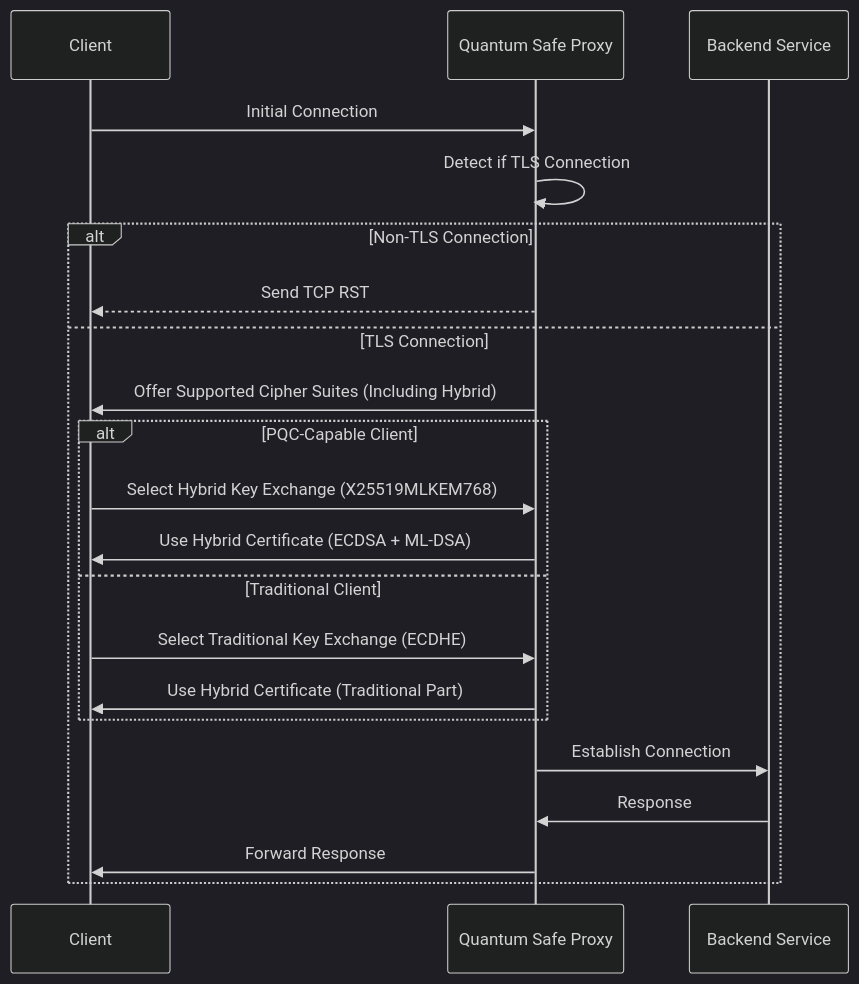
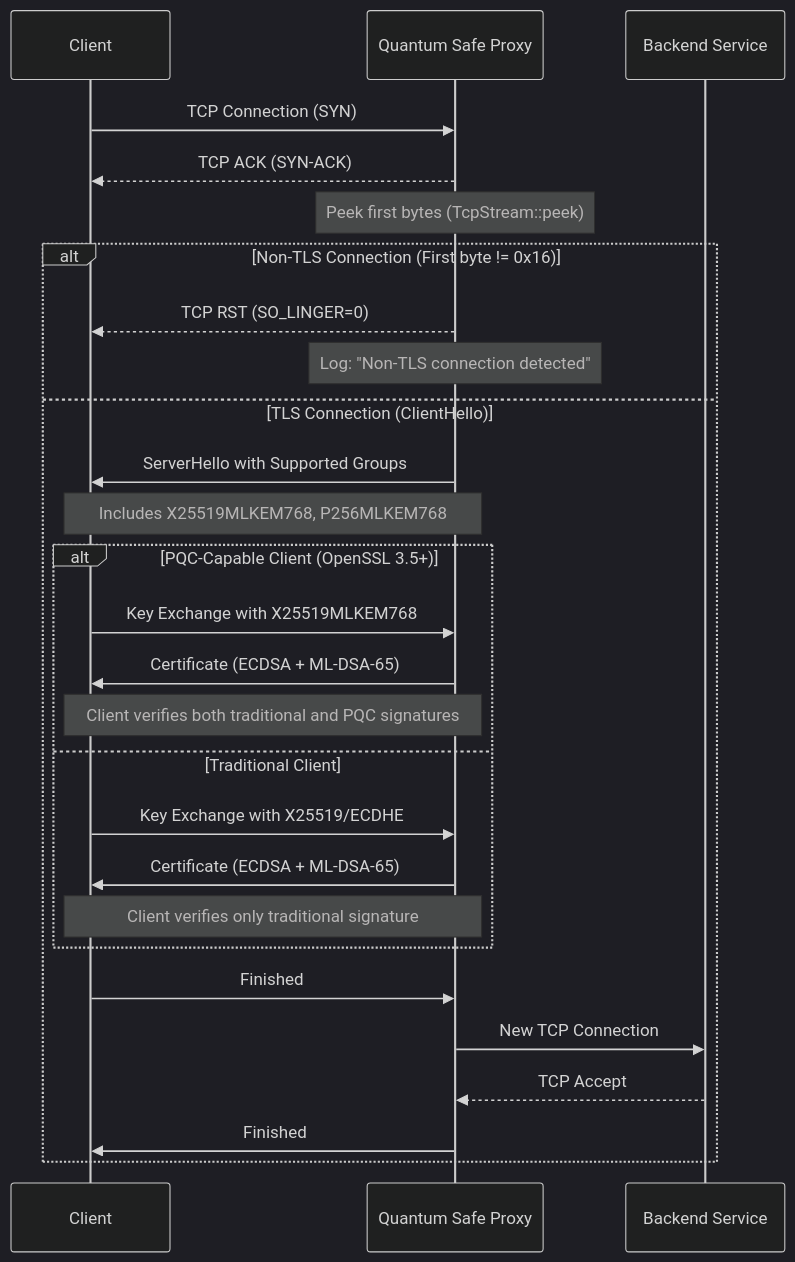
One commit to JerryR7/quantum-safe-proxy changed the third of 4 diagrams in README.md. Above: the diagram before and after it, drawn with Mermaid (dark theme). The commit also changed other lines of this file, not shown here.

First line of the commit message:
docs: enhance documentation for security features and TLS configuration

````diff
--- a/README.md
+++ b/README.md
@@ -125,27 +88,34 @@
 ```mermaid
 sequenceDiagram
     participant Client as Client
     participant QSP as Quantum Safe Proxy
     participant Backend as Backend Service
 
-    Client->>QSP: Initial Connection
-    QSP->>QSP: Detect if TLS Connection
+    Client->>QSP: TCP Connection (SYN)
+    QSP-->>Client: TCP ACK (SYN-ACK)
 
-    alt Non-TLS Connection
-        QSP-->>Client: Send TCP RST
-    else TLS Connection
-        QSP->>Client: Offer Supported Cipher Suites (Including Hybrid)
+    Note over QSP: Peek first bytes (TcpStream::peek)
 
-        alt PQC-Capable Client
-            Client->>QSP: Select Hybrid Key Exchange (X25519MLKEM768)
-            QSP->>Client: Use Hybrid Certificate (ECDSA + ML-DSA)
+    alt Non-TLS Connection (First byte != 0x16)
+        QSP-->>Client: TCP RST (SO_LINGER=0)
+        Note over QSP: Log: "Non-TLS connection detected"
+    else TLS Connection (ClientHello)
+        QSP->>Client: ServerHello with Supported Groups
+        Note over QSP,Client: Includes X25519MLKEM768, P256MLKEM768
+
+        alt PQC-Capable Client (OpenSSL 3.5+)
+            Client->>QSP: Key Exchange with X25519MLKEM768
+            QSP->>Client: Certificate (ECDSA + ML-DSA-65)
+            Note over QSP,Client: Client verifies both traditional and PQC signatures
         else Traditional Client
-            Client->>QSP: Select Traditional Key Exchange (ECDHE)
-            QSP->>Client: Use Hybrid Certificate (Traditional Part)
+            Client->>QSP: Key Exchange with X25519/ECDHE
+            QSP->>Client: Certificate (ECDSA + ML-DSA-65)
+            Note over QSP,Client: Client verifies only traditional signature
         end
 
-        QSP->>Backend: Establish Connection
-        Backend->>QSP: Response
-        QSP->>Client: Forward Response
+        Client->>QSP: Finished
+        QSP->>Backend: New TCP Connection
+        Backend-->>QSP: TCP Accept
+        QSP->>Client: Finished
     end
 ```
````
